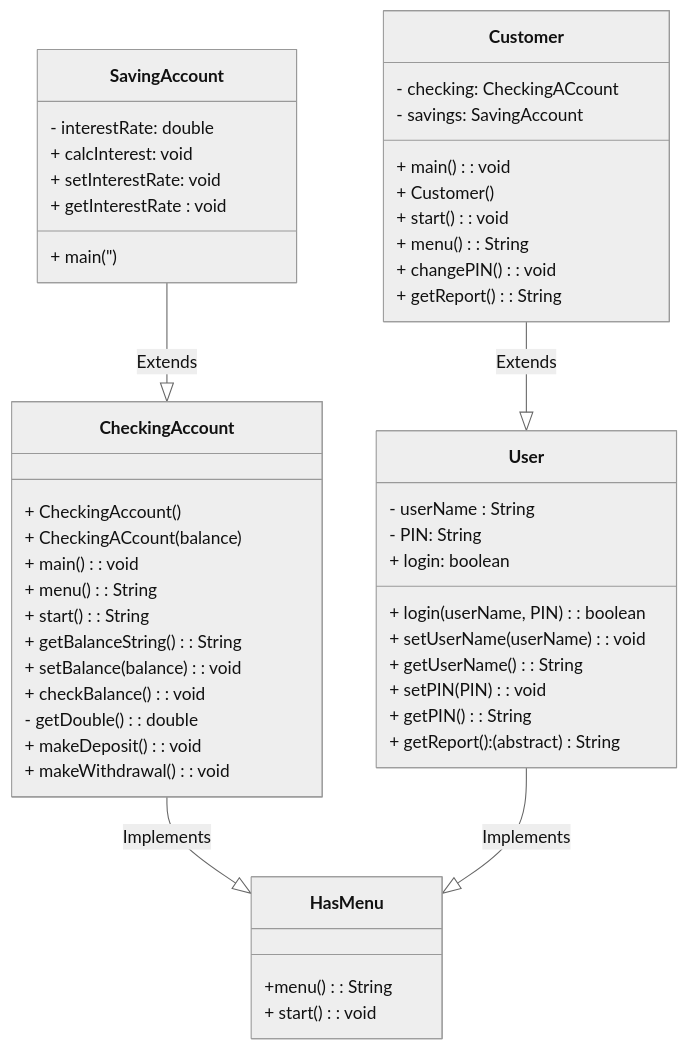
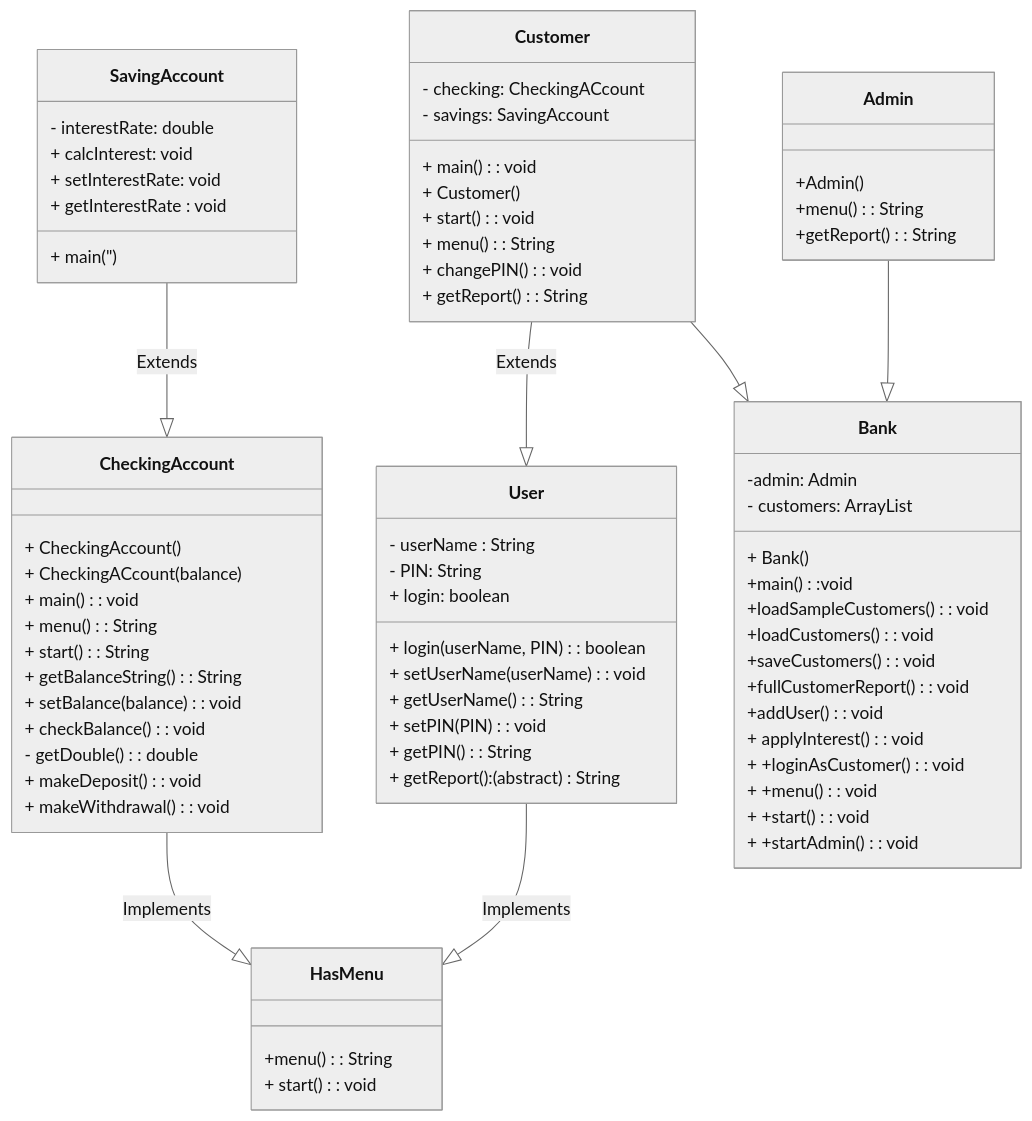
The diagram in README.md (dremartins101/bankOnIt2), drawn with Mermaid (neutral theme) before and after one commit. The commit also changed 1 other file, not shown here.

````diff
--- a/README.md
+++ b/README.md
@@ -54,8 +54,35 @@
     + getReport(): (abstract) String
 }
 
+class Bank {
+-admin: Admin
+- customers: ArrayList
+
++ Bank()
++main():void
++loadSampleCustomers(): void
++loadCustomers(): void
++saveCustomers(): void
++fullCustomerReport(): void
++addUser(): void
++ applyInterest(): void
++ +loginAsCustomer(): void
++ +menu(): void
++ +start(): void
++ +startAdmin(): void
+}
+
+class Admin{
++Admin()
++menu(): String
++getReport(): String
+}
+
 SavingAccount --|> CheckingAccount : Extends
 CheckingAccount --|> HasMenu : Implements
 User --|> HasMenu : Implements
 Customer --|> User : Extends
+
+Customer --|> Bank
+Admin --|> Bank
 ```
````
